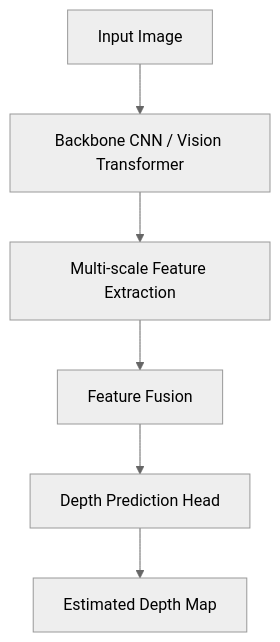
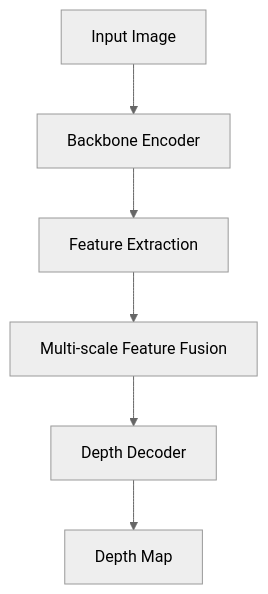
Before and after one commit to Arisudan/Walle_FPV: the second of 2 diagrams in Depth Estimation Models - Part 1.md, drawn with Mermaid (neutral theme). The commit also changed other lines of this file, not shown here.

Commit message:
Update Depth Estimation Models - Part 1.md

````diff
--- a/Depth Estimation Models - Part 1.md
+++ b/Depth Estimation Models - Part 1.md
@@ -236,15 +234,15 @@
 ```mermaid
 flowchart TB
 
 A[Input Image]
 
-A --> B[Backbone CNN / Vision Transformer]
+A --> B[Backbone Encoder]
 
-B --> C[Multi-scale Feature Extraction]
+B --> C[Feature Extraction]
 
-C --> D[Feature Fusion]
+C --> D[Multi-scale Feature Fusion]
 
-D --> E[Depth Prediction Head]
+D --> E[Depth Decoder]
 
-E --> F[Estimated Depth Map]
+E --> F[Depth Map]
 ```
````
